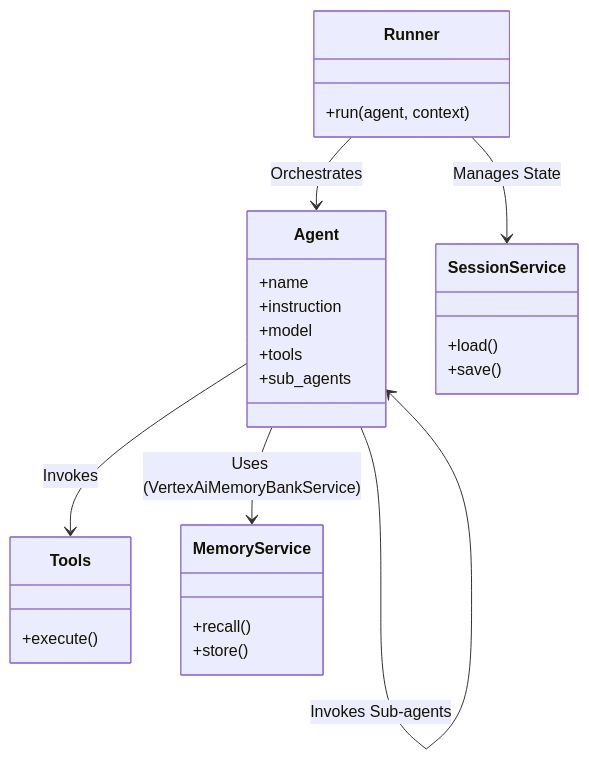
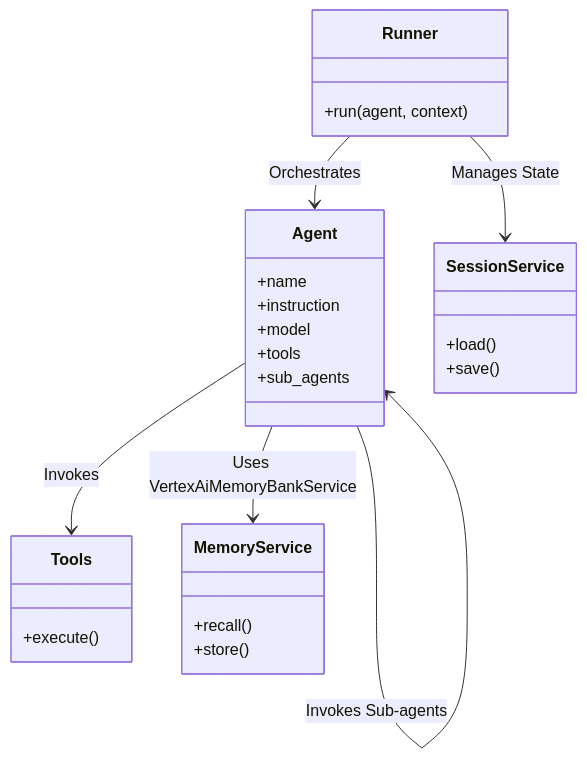
The first of 4 diagrams in STUDY_GUIDE.md (cmanikandan/gcp-certification-professional-agentic-architect), drawn with Mermaid before and after one commit. The commit also changed other lines of this file and 24 other files, not shown here.

````diff
--- a/STUDY_GUIDE.md
+++ b/STUDY_GUIDE.md
@@ -28,30 +35,30 @@
 ```mermaid
 classDiagram
     class Runner {
         +run(agent, context)
     }
     class Agent {
         +name
         +instruction
         +model
         +tools
         +sub_agents
     }
     class Tools {
         +execute()
     }
     class MemoryService {
         +recall()
         +store()
     }
     class SessionService {
         +load()
         +save()
     }
 
     Runner --> Agent : Orchestrates
     Runner --> SessionService : Manages State
     Agent --> Tools : Invokes
-    Agent --> MemoryService : Uses (VertexAiMemoryBankService)
+    Agent --> MemoryService : Uses VertexAiMemoryBankService
     Agent --> Agent : Invokes Sub-agents
 ```
````
